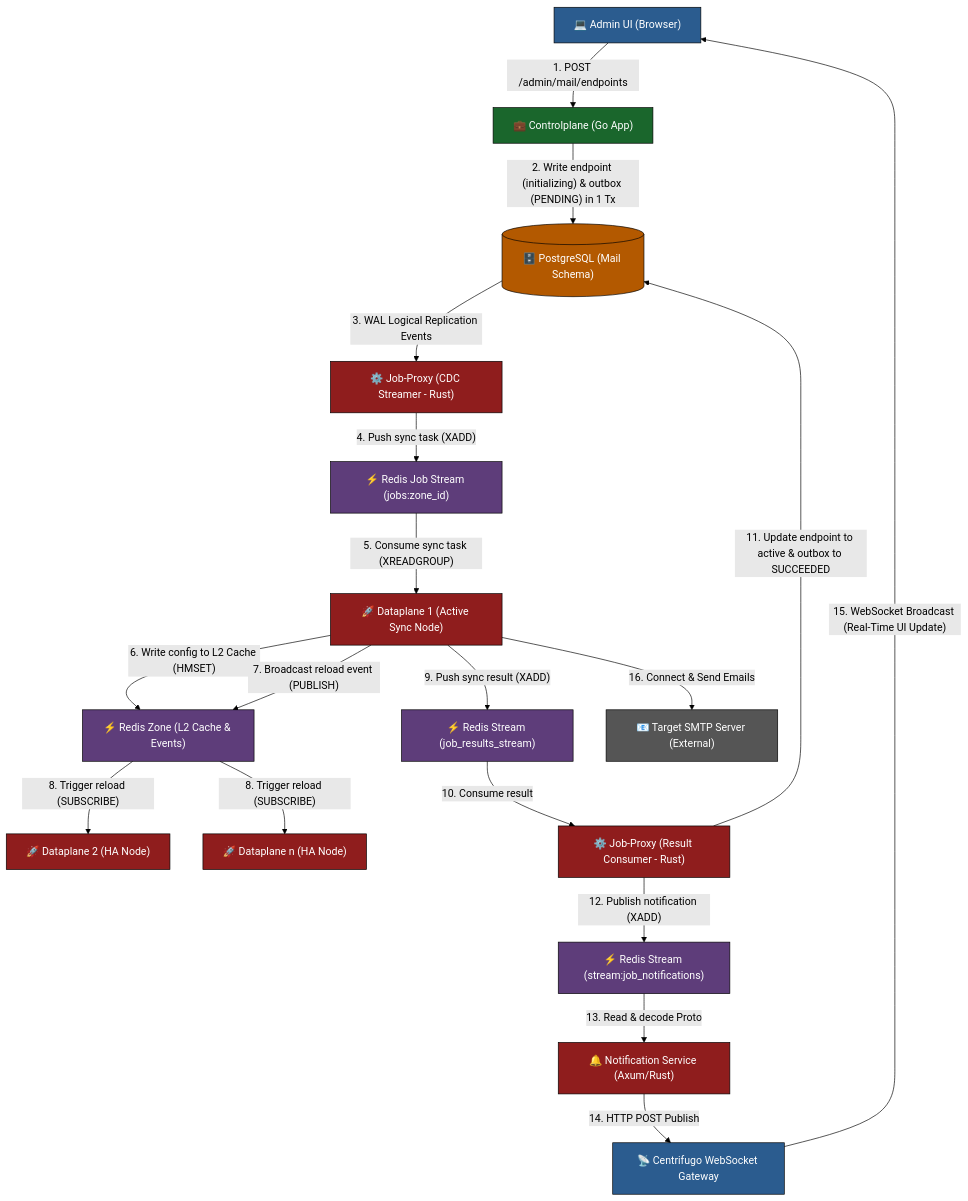
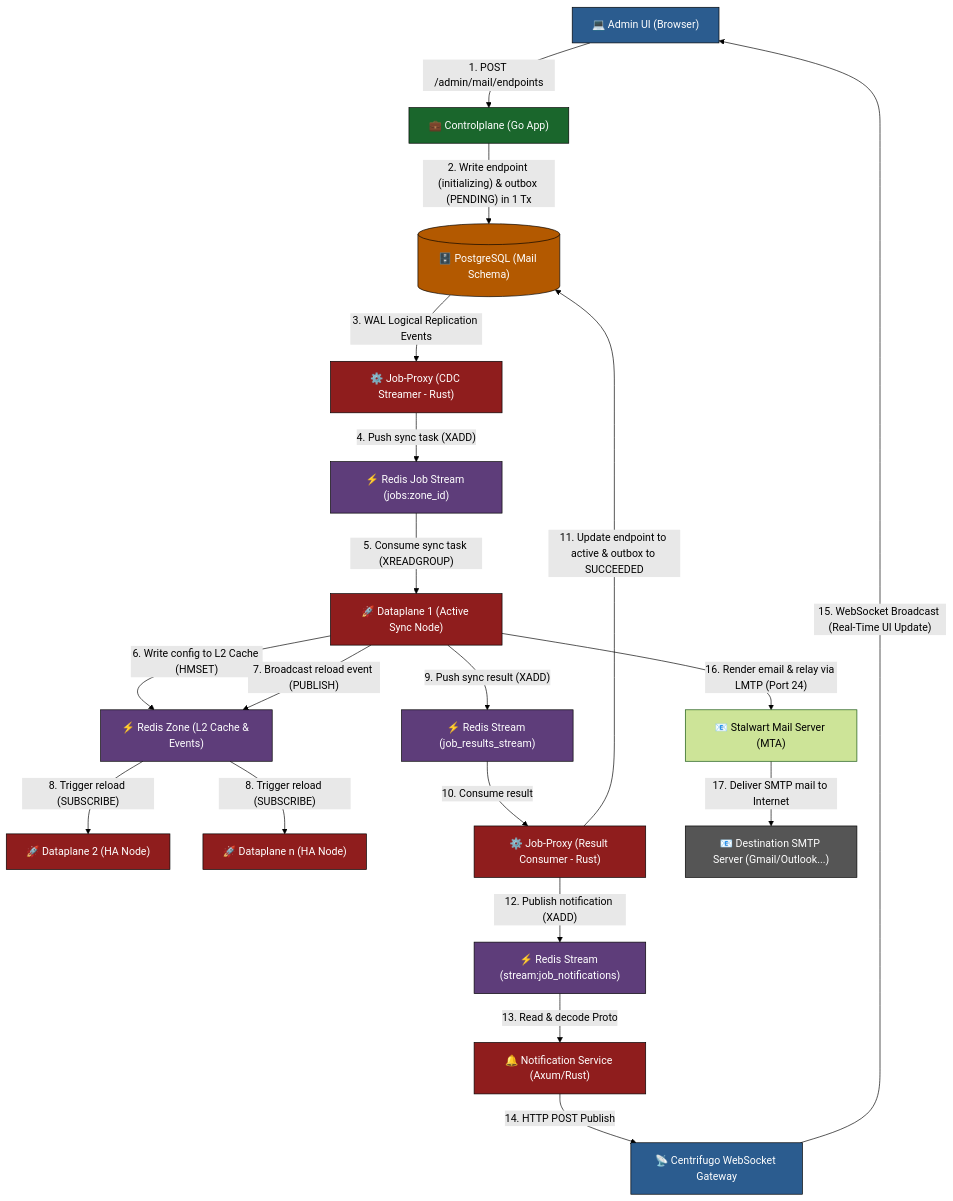
The first of 10 diagrams in god_view/mail/create_endpoint_god_view_workflow.md (phucle996/aurora), drawn with Mermaid (forest theme) before and after one commit. The commit also changed other lines of this file and 19 other files, not shown here.

````diff
--- a/god_view/mail/create_endpoint_god_view_workflow.md
+++ b/god_view/mail/create_endpoint_god_view_workflow.md
@@ -59,56 +61,58 @@
 ```mermaid
 graph TD
     %% Nodes
     UI["💻 Admin UI (Browser)"]
     CP["💼 Controlplane (Go App)"]
     DB[("🗄️ PostgreSQL (Mail Schema)")]
     JP_CDC["⚙️ Job-Proxy (CDC Streamer - Rust)"]
     RDS_JOB["⚡ Redis Job Stream (jobs:zone_id)"]
     DP1["🚀 Dataplane 1 (Active Sync Node)"]
     DP2["🚀 Dataplane 2 (HA Node)"]
     DPN["🚀 Dataplane n (HA Node)"]
     RDS_ZONE["⚡ Redis Zone (L2 Cache & Events)"]
     RDS_RES["⚡ Redis Stream (job_results_stream)"]
     JP_RC["⚙️ Job-Proxy (Result Consumer - Rust)"]
     RDS_NOTIF["⚡ Redis Stream (stream:job_notifications)"]
     NS["🔔 Notification Service (Axum/Rust)"]
     CF["📡 Centrifugo WebSocket Gateway"]
-    SMTP["📧 Target SMTP Server (External)"]
+    STW["📧 Stalwart Mail Server (MTA)"]
+    SMTP["📧 Destination SMTP Server (Gmail/Outlook...)"]
 
     %% Connections
     UI -- "1. POST /admin/mail/endpoints" --> CP
     CP -- "2. Write endpoint (initializing) & outbox (PENDING) in 1 Tx" --> DB
     DB -- "3. WAL Logical Replication Events" --> JP_CDC
     JP_CDC -- "4. Push sync task (XADD)" --> RDS_JOB
     RDS_JOB -- "5. Consume sync task (XREADGROUP)" --> DP1
     DP1 -- "6. Write config to L2 Cache (HMSET)" --> RDS_ZONE
     DP1 -- "7. Broadcast reload event (PUBLISH)" --> RDS_ZONE
     RDS_ZONE -- "8. Trigger reload (SUBSCRIBE)" --> DP2
     RDS_ZONE -- "8. Trigger reload (SUBSCRIBE)" --> DPN
     
     %% Feedback Loop
     DP1 -- "9. Push sync result (XADD)" --> RDS_RES
     RDS_RES -- "10. Consume result" --> JP_RC
     JP_RC -- "11. Update endpoint to active & outbox to SUCCEEDED" --> DB
     JP_RC -- "12. Publish notification (XADD)" --> RDS_NOTIF
     RDS_NOTIF -- "13. Read & decode Proto" --> NS
     NS -- "14. HTTP POST Publish" --> CF
     CF -- "15. WebSocket Broadcast (Real-Time UI Update)" --> UI
     
-    DP1 -- "16. Connect & Send Emails" --> SMTP
+    DP1 -- "16. Render email & relay via LMTP (Port 24)" --> STW
+    STW -- "17. Deliver SMTP mail to Internet" --> SMTP
 
     %% Styling
     classDef ui fill:#2b5c8f,stroke:#000,stroke-width:1px,color:#fff;
     classDef go fill:#1a662c,stroke:#000,stroke-width:1px,color:#fff;
     classDef rust fill:#8f1d1d,stroke:#000,stroke-width:1px,color:#fff;
     classDef db fill:#b35900,stroke:#000,stroke-width:1px,color:#fff;
     classDef redis fill:#5e3d7a,stroke:#000,stroke-width:1px,color:#fff;
     classDef external fill:#555,stroke:#000,stroke-width:1px,color:#fff;
 
     class UI,CF ui;
     class CP go;
     class JP_CDC,JP_RC,DP1,DP2,DPN,NS rust;
     class DB db;
     class RDS_JOB,RDS_ZONE,RDS_RES,RDS_NOTIF redis;
     class SMTP external;
 ```
````
